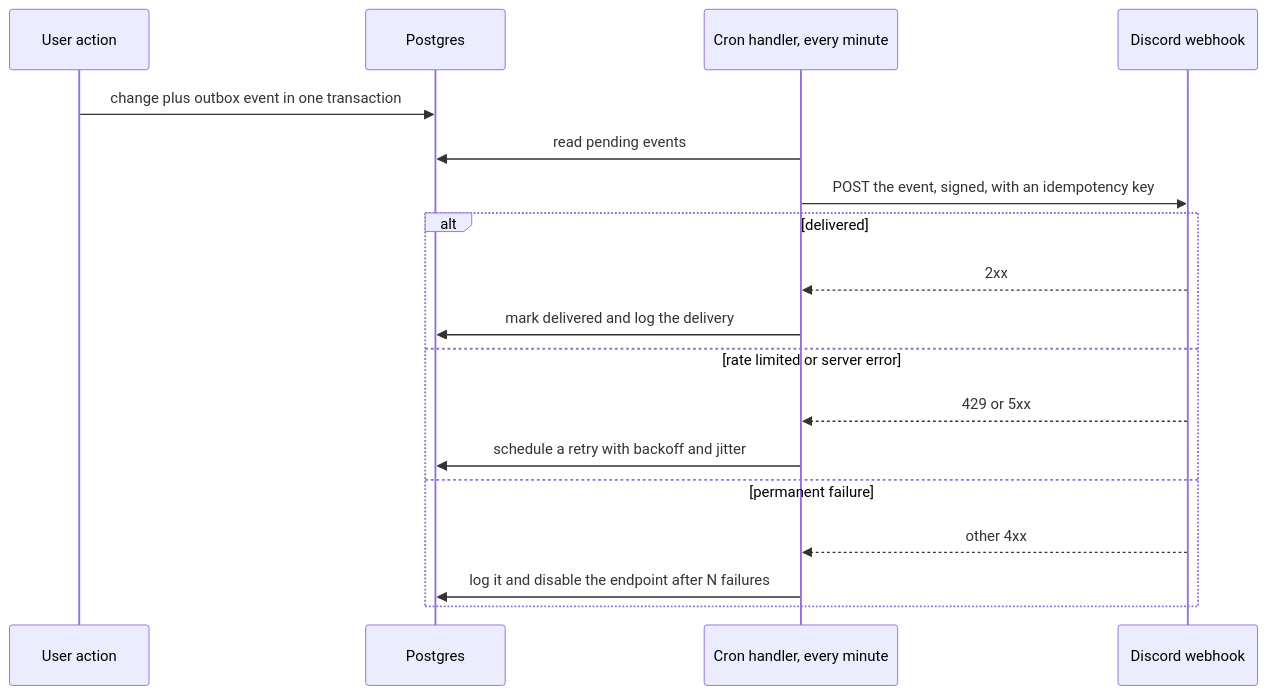
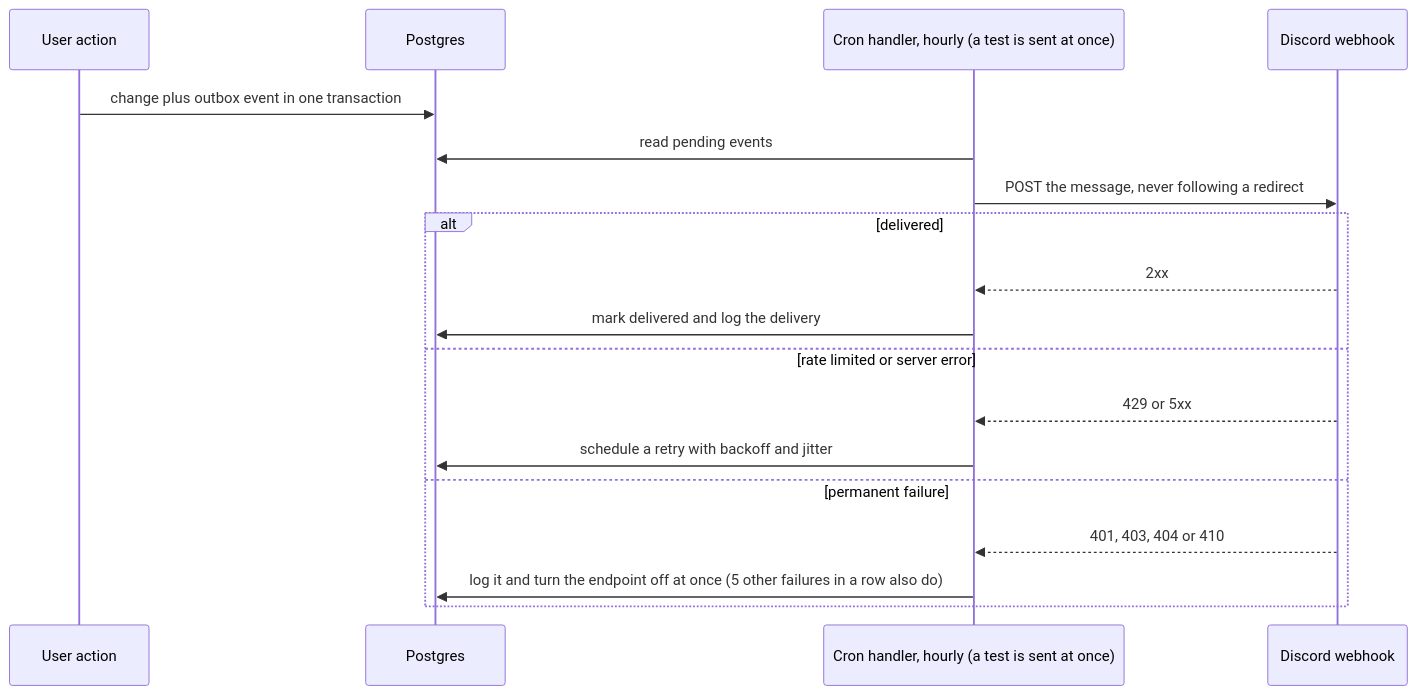
The fourth of 6 diagrams in docs/architecture.md (moyfdzz/sagashelf), drawn with Mermaid before and after one commit. The commit also changed other lines of this file and 42 other files, not shown here.

````diff
--- a/docs/architecture.md
+++ b/docs/architecture.md
@@ -97,21 +97,21 @@
 ```mermaid
 sequenceDiagram
   participant U as User action
   participant DB as Postgres
-  participant C as Cron handler, every minute
+  participant C as Cron handler, hourly (a test is sent at once)
   participant D as Discord webhook
 
   U->>DB: change plus outbox event in one transaction
   C->>DB: read pending events
-  C->>D: POST the event, signed, with an idempotency key
+  C->>D: POST the message, never following a redirect
   alt delivered
     D-->>C: 2xx
     C->>DB: mark delivered and log the delivery
   else rate limited or server error
     D-->>C: 429 or 5xx
     C->>DB: schedule a retry with backoff and jitter
   else permanent failure
-    D-->>C: other 4xx
-    C->>DB: log it and disable the endpoint after N failures
+    D-->>C: 401, 403, 404 or 410
+    C->>DB: log it and turn the endpoint off at once (5 other failures in a row also do)
   end
 ```
````
